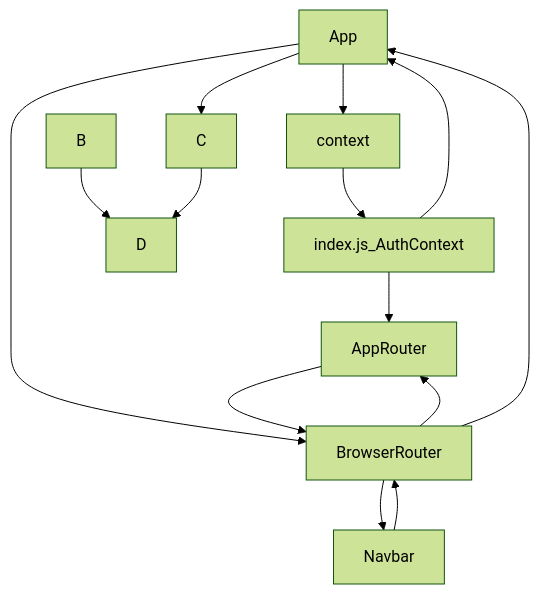
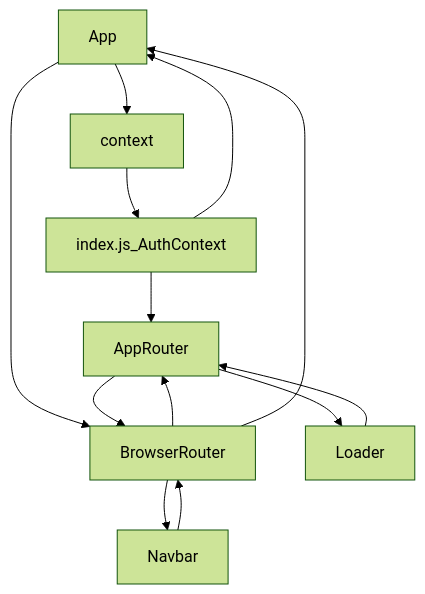
The diagram in README.md (Freeze35/test-react-project), drawn with Mermaid (forest theme) before and after one commit.

````diff
--- a/README.md
+++ b/README.md
@@ -112,14 +112,12 @@
 ```mermaid
 graph TD;
    App-->context-->index.js_AuthContext-->App;
-   index.js_AuthContext-->AppRouter
    App-->BrowserRouter-->Navbar;
    BrowserRouter-->AppRouter;
    Navbar-->BrowserRouter;
    AppRouter-->BrowserRouter;
    BrowserRouter-->App
-   App-->C;
-   
-   B-->D;
-   C-->D;
+   index.js_AuthContext-->AppRouter
+   AppRouter-->Loader
+   Loader-->AppRouter
 ```
````
